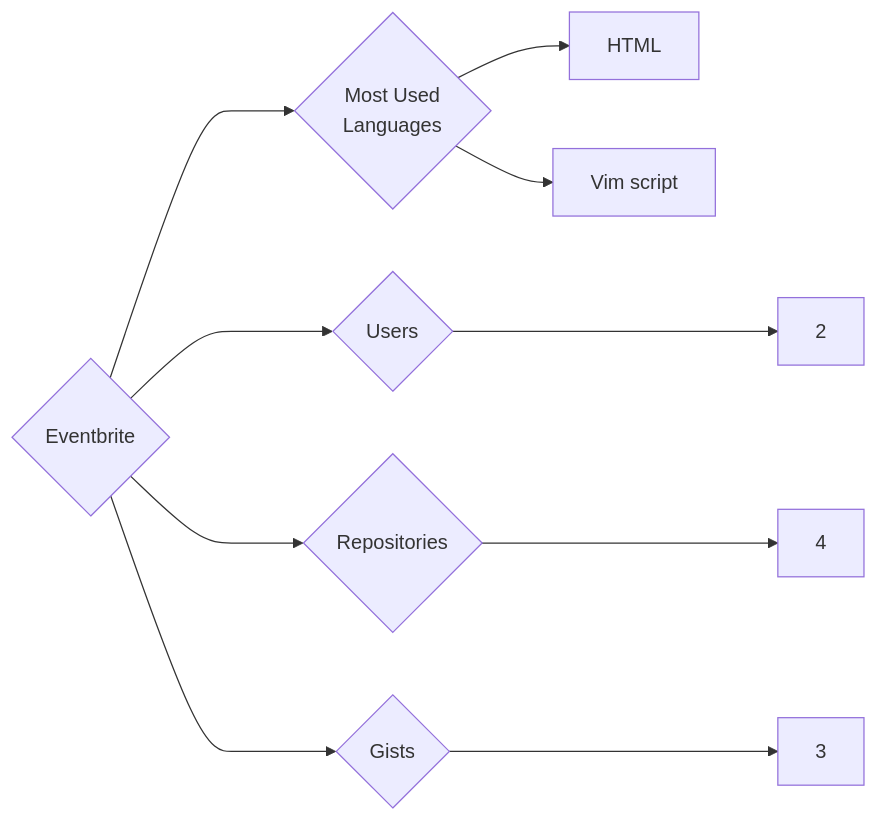
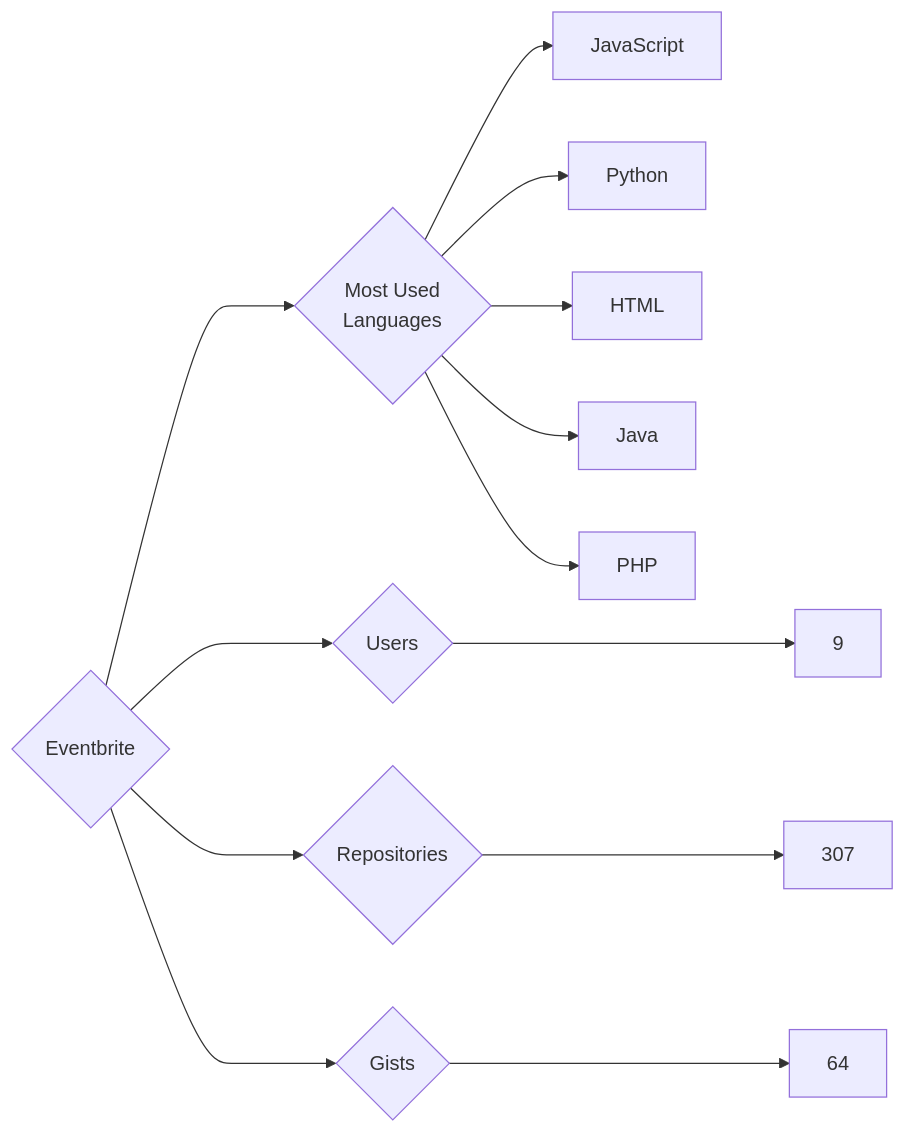
One commit to trickest/insiders changed the diagram in targets/Eventbrite/README.md. Above: the diagram before and after it, drawn with Mermaid. The commit also changed 953 other files, not shown here.

````diff
--- a/targets/Eventbrite/README.md
+++ b/targets/Eventbrite/README.md
@@ -3,10 +3,13 @@
 ```mermaid
 graph LR
 COMPANY_NAME{Eventbrite}
-COMPANY_NAME ---> U{Users} ---> UN[2]
-COMPANY_NAME ---> R{Repositories} ---> RN[4]
-COMPANY_NAME ---> G{Gists} ---> GN[3]
+COMPANY_NAME ---> U{Users} ---> UN[9]
+COMPANY_NAME ---> R{Repositories} ---> RN[307]
+COMPANY_NAME ---> G{Gists} ---> GN[64]
 COMPANY_NAME ---> ML{Most Used<br>Languages}
+ML --> JavaScript[JavaScript]
+ML --> Python[Python]
 ML --> HTML[HTML]
-ML --> Vim_script[Vim script]
+ML --> Java[Java]
+ML --> PHP[PHP]
 ```
````
